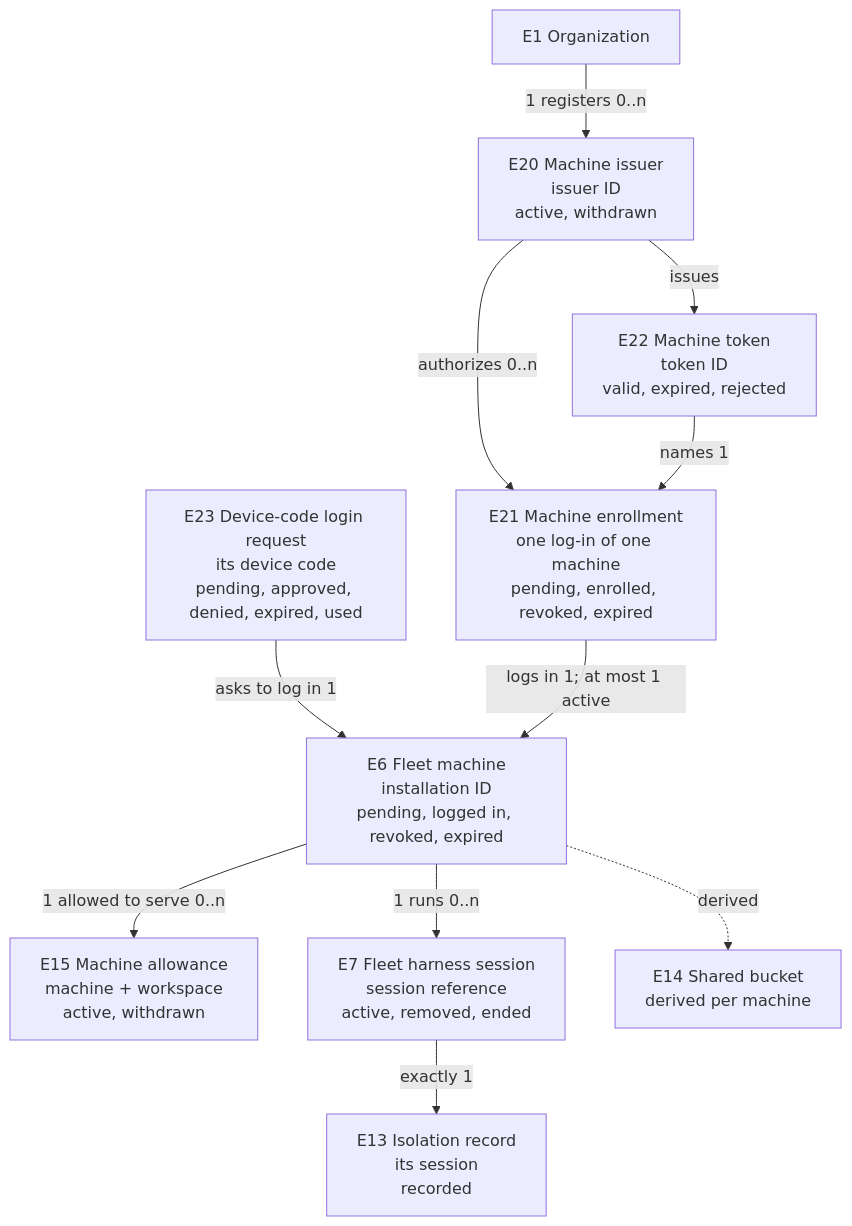
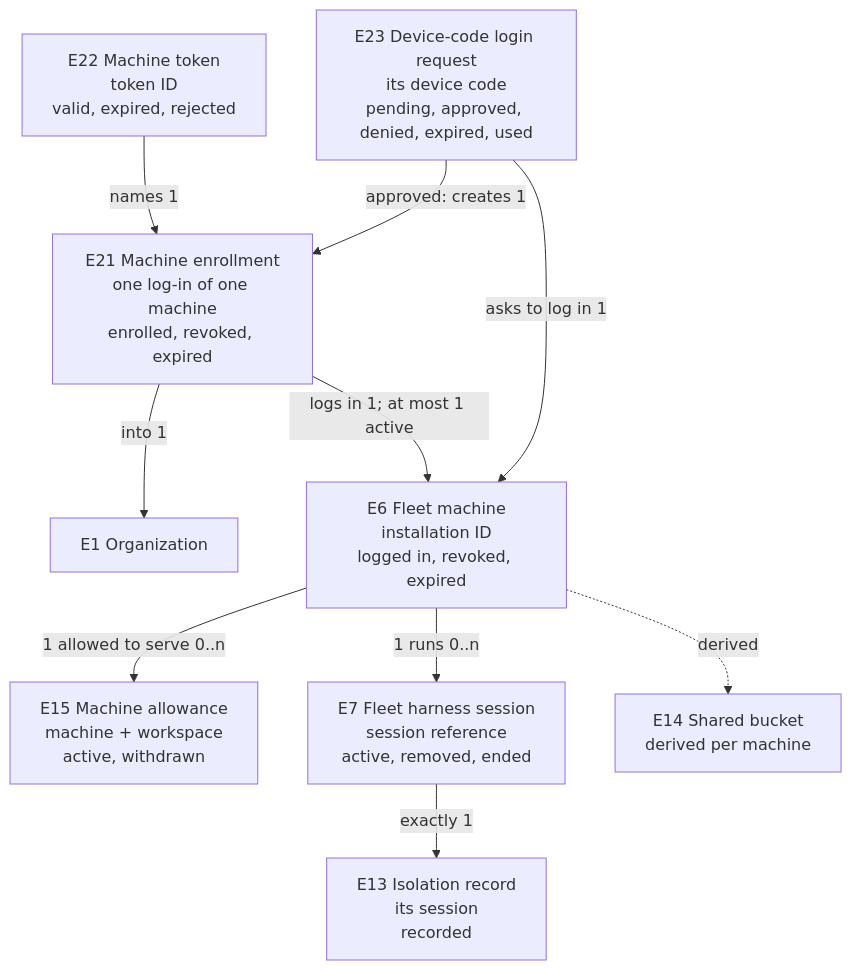
Before and after one commit to ShravanSunder/agent-vm: the third of 4 diagrams in docs/specs/2026-10-24-agent-identity/specification.md, drawn with Mermaid. The commit also changed other lines of this file and 5 other files, not shown here.

````diff
--- a/docs/specs/2026-10-24-agent-identity/specification.md
+++ b/docs/specs/2026-10-24-agent-identity/specification.md
@@ -112,23 +109,21 @@
 ```mermaid
 flowchart TB
   E1["E1 Organization"]
-  E20["E20 Machine issuer<br/>issuer ID<br/>active, withdrawn"]
   E23["E23 Device-code login request<br/>its device code<br/>pending, approved, denied, expired, used"]
-  E21["E21 Machine enrollment<br/>one log-in of one machine<br/>pending, enrolled, revoked, expired"]
+  E21["E21 Machine enrollment<br/>one log-in of one machine<br/>enrolled, revoked, expired"]
   E22["E22 Machine token<br/>token ID<br/>valid, expired, rejected"]
-  E6["E6 Fleet machine<br/>installation ID<br/>pending, logged in, revoked, expired"]
+  E6["E6 Fleet machine<br/>installation ID<br/>logged in, revoked, expired"]
   E15["E15 Machine allowance<br/>machine + workspace<br/>active, withdrawn"]
   E7["E7 Fleet harness session<br/>session reference<br/>active, removed, ended"]
   E13["E13 Isolation record<br/>its session<br/>recorded"]
   E14["E14 Shared bucket<br/>derived per machine"]
-  E1 -- "1 registers 0..n" --> E20
-  E20 -- "authorizes 0..n" --> E21
+  E21 -- "into 1" --> E1
+  E23 -- "approved: creates 1" --> E21
   E23 -- "asks to log in 1" --> E6
   E21 -- "logs in 1; at most 1 active" --> E6
-  E20 -- "issues" --> E22
   E22 -- "names 1" --> E21
   E6 -- "1 allowed to serve 0..n" --> E15
   E6 -- "1 runs 0..n" --> E7
   E7 -- "exactly 1" --> E13
   E6 -. "derived" .-> E14
 ```
````
